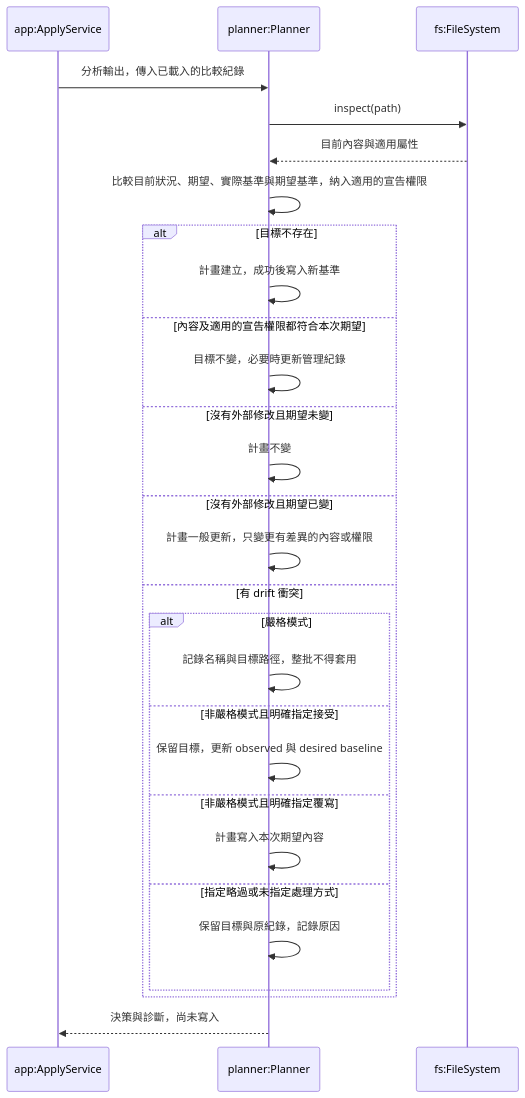
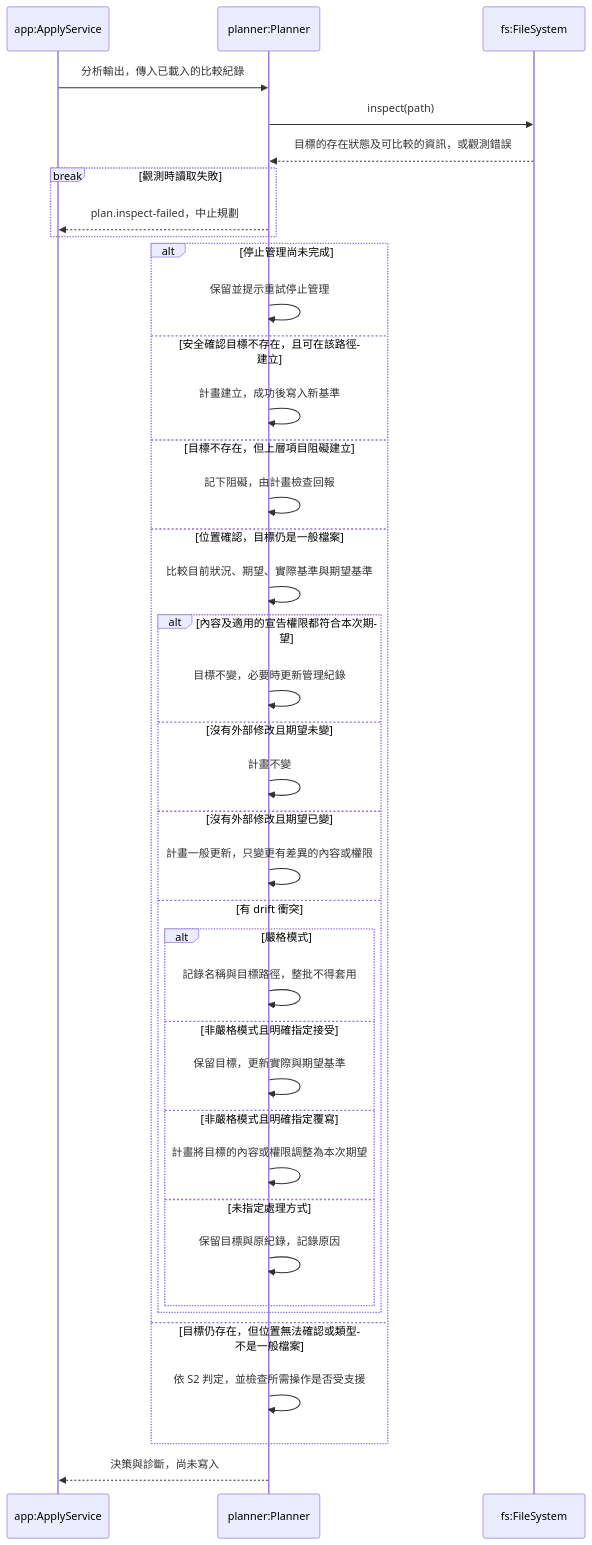
One commit to accidental-two-timer-sam-woof/rosamta-waterfall changed the seventh of 10 diagrams in docs/03-preliminary-design/uml.md. Above: the diagram before and after it, drawn with Mermaid. The commit also changed other lines of this file and 6 other files, not shown here.

````diff
--- a/docs/03-preliminary-design/uml.md
+++ b/docs/03-preliminary-design/uml.md
@@ -550,30 +551,41 @@
 ```mermaid
 sequenceDiagram
     participant A as app:ApplyService
     participant P as planner:Planner
     participant F as fs:FileSystem
     A->>P: 分析輸出，傳入已載入的比較紀錄
     P->>F: inspect(path)
-    F-->>P: 目前內容與適用屬性
-    P->>P: 比較目前狀況、期望、實際基準與期望基準，納入適用的宣告權限
-    alt 目標不存在
+    F-->>P: 目標的存在狀態及可比較的資訊，或觀測錯誤
+    break 觀測時讀取失敗
+        P-->>A: plan.inspect-failed，中止規劃
+    end
+    alt 停止管理尚未完成
+        P->>P: 保留並提示重試停止管理
+    else 安全確認目標不存在，且可在該路徑建立
         P->>P: 計畫建立，成功後寫入新基準
-    else 內容及適用的宣告權限都符合本次期望
-        P->>P: 目標不變，必要時更新管理紀錄
-    else 沒有外部修改且期望未變
-        P->>P: 計畫不變
-    else 沒有外部修改且期望已變
-        P->>P: 計畫一般更新，只變更有差異的內容或權限
-    else 有 drift 衝突
-        alt 嚴格模式
-            P->>P: 記錄名稱與目標路徑，整批不得套用
-        else 非嚴格模式且明確指定接受
-            P->>P: 保留目標，更新 observed 與 desired baseline
-        else 非嚴格模式且明確指定覆寫
-            P->>P: 計畫寫入本次期望內容
-        else 指定略過或未指定處理方式
-            P->>P: 保留目標與原紀錄，記錄原因
+    else 目標不存在，但上層項目阻礙建立
+        P->>P: 記下阻礙，由計畫檢查回報
+    else 位置確認，目標仍是一般檔案
+        P->>P: 比較目前狀況、期望、實際基準與期望基準
+        alt 內容及適用的宣告權限都符合本次期望
+            P->>P: 目標不變，必要時更新管理紀錄
+        else 沒有外部修改且期望未變
+            P->>P: 計畫不變
+        else 沒有外部修改且期望已變
+            P->>P: 計畫一般更新，只變更有差異的內容或權限
+        else 有 drift 衝突
+            alt 嚴格模式
+                P->>P: 記錄名稱與目標路徑，整批不得套用
+            else 非嚴格模式且明確指定接受
+                P->>P: 保留目標，更新實際與期望基準
+            else 非嚴格模式且明確指定覆寫
+                P->>P: 計畫將目標的內容或權限調整為本次期望
+            else 未指定處理方式
+                P->>P: 保留目標與原紀錄，記錄原因
+            end
         end
+    else 目標仍存在，但位置無法確認或類型不是一般檔案
+        P->>P: 依 S2 判定，並檢查所需操作是否受支援
     end
     P-->>A: 決策與診斷，尚未寫入
 ```
````
